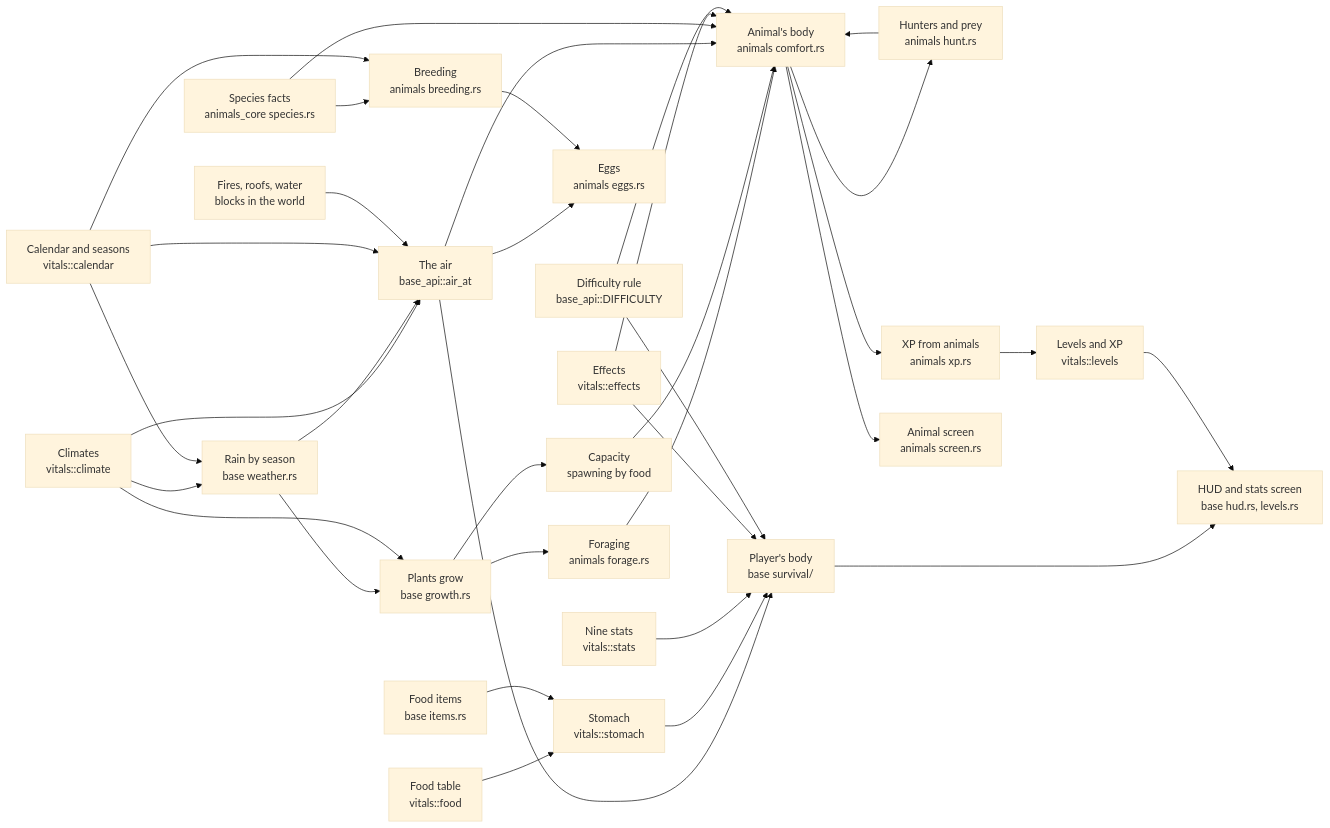
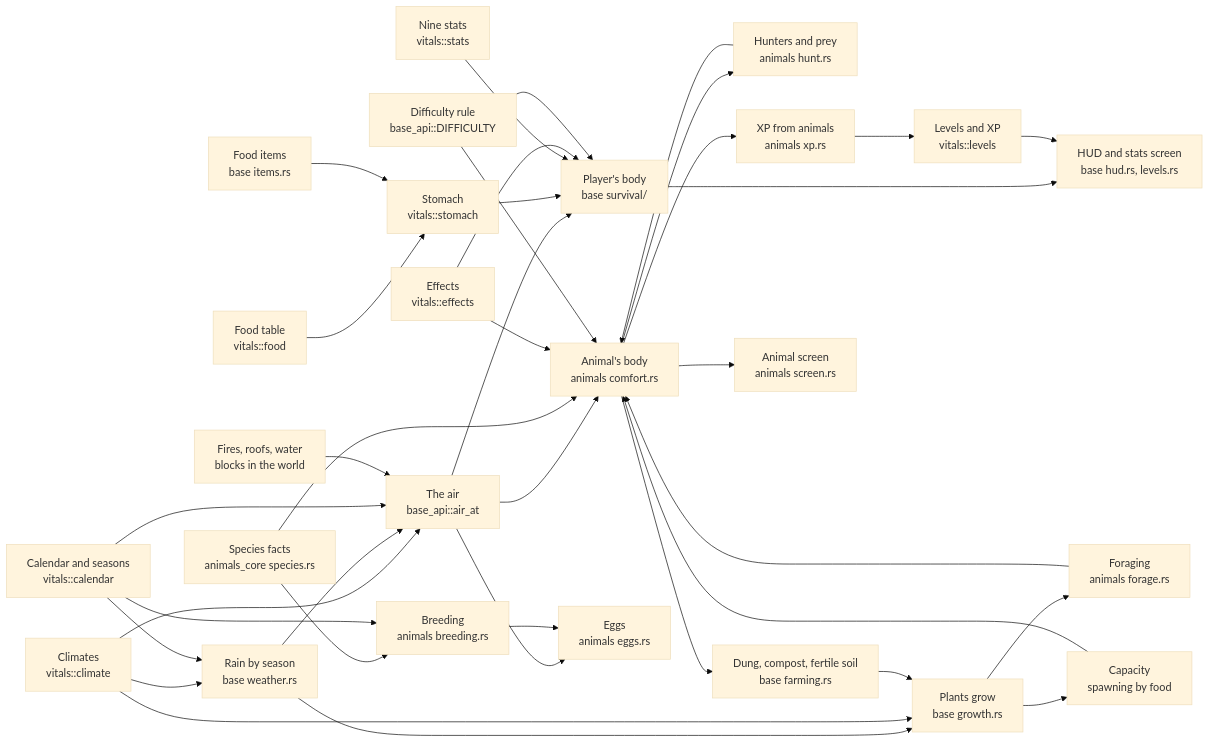
One commit to ronickg/chiacraft-weft changed the diagram in notes/SYSTEMS.md. Above: the diagram before and after it, drawn with Mermaid (base theme). The commit also changed other lines of this file and 20 other files, not shown here.

First line of the commit message:
Fertile soil and compost: the loop is closed

````diff
--- a/notes/SYSTEMS.md
+++ b/notes/SYSTEMS.md
@@ -12,36 +12,38 @@
 ```mermaid
 flowchart LR
   climate["Climates<br/>vitals::climate"] --> air["The air<br/>base_api::air_at"]
   climate --> weather["Rain by season<br/>base weather.rs"]
   calendar --> weather
   weather --> air
   weather --> plants["Plants grow<br/>base growth.rs"]
   climate --> plants
   plants --> forage["Foraging<br/>animals forage.rs"]
   forage --> animal
   plants --> capacity["Capacity<br/>spawning by food"]
   animal --> hunting["Hunters and prey<br/>animals hunt.rs"]
   hunting --> animal
+  animal --> soil["Dung, compost, fertile soil<br/>base farming.rs"]
+  soil --> plants
   capacity --> animal
   calendar["Calendar and seasons<br/>vitals::calendar"] --> air
   fires["Fires, roofs, water<br/>blocks in the world"] --> air
   air --> player["Player's body<br/>base survival/"]
   air --> animal["Animal's body<br/>animals comfort.rs"]
   air --> eggs["Eggs<br/>animals eggs.rs"]
   food["Food table<br/>vitals::food"] --> stomach["Stomach<br/>vitals::stomach"]
   items["Food items<br/>base items.rs"] --> stomach
   stomach --> player
   stats["Nine stats<br/>vitals::stats"] --> player
   species["Species facts<br/>animals_core species.rs"] --> animal
   species --> breeding["Breeding<br/>animals breeding.rs"]
   calendar --> breeding
   breeding --> eggs
   effects["Effects<br/>vitals::effects"] --> player
   effects --> animal
   difficulty["Difficulty rule<br/>base_api::DIFFICULTY"] --> player
   difficulty --> animal
   player --> hud["HUD and stats screen<br/>base hud.rs, levels.rs"]
   levels["Levels and XP<br/>vitals::levels"] --> hud
   animal --> xp["XP from animals<br/>animals xp.rs"] --> levels
   animal --> screen["Animal screen<br/>animals screen.rs"]
 ```
````
